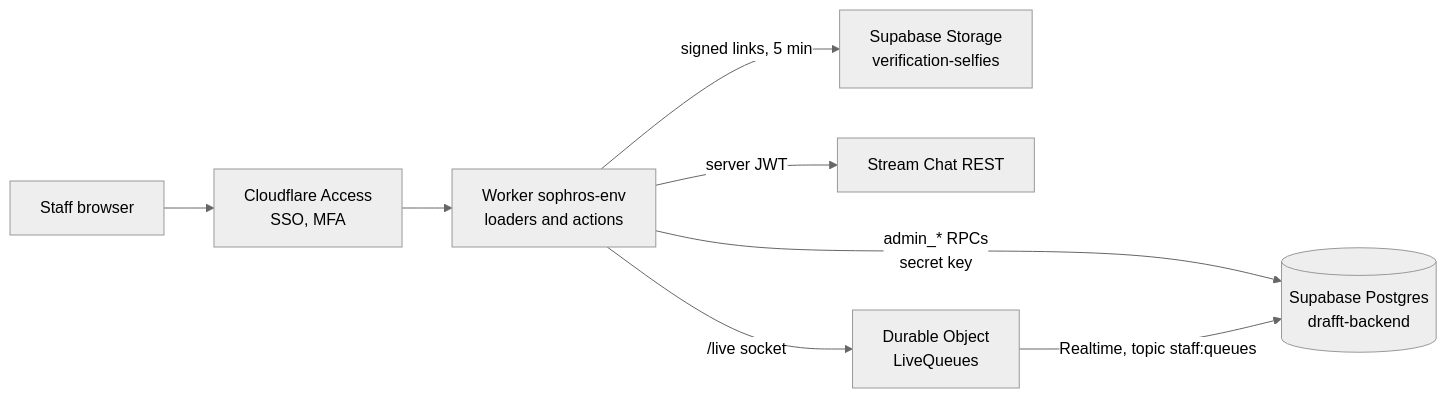
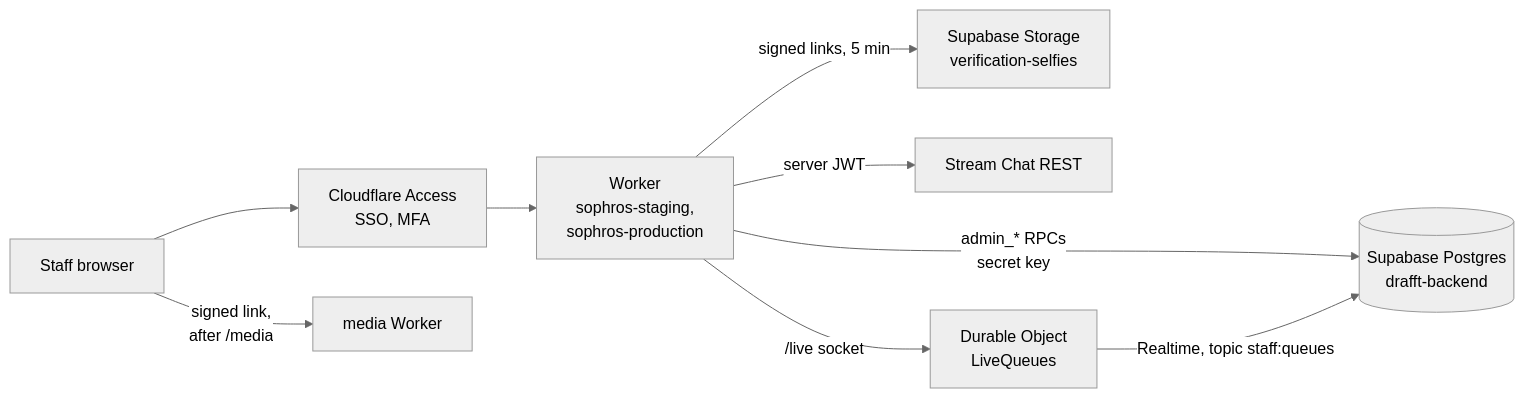
The diagram in README.md (sylwaninn/drafft-sophros), drawn with Mermaid (neutral theme) before and after one commit. The commit also changed other lines of this file, not shown here.

Commit message:
docs(sophros): correct the readme against the code

````diff
--- a/README.md
+++ b/README.md
@@ -22,10 +23,11 @@
 ```mermaid
 flowchart LR
   Staff["Staff browser"] --> Access["Cloudflare Access<br/>SSO, MFA"]
-  Access --> Worker["Worker sophros-env<br/>loaders and actions"]
+  Access --> Worker["Worker<br/>sophros-staging,<br/>sophros-production"]
   Worker -- "admin_* RPCs<br/>secret key" --> Postgres[("Supabase Postgres<br/>drafft-backend")]
   Worker -- "signed links, 5 min" --> Storage["Supabase Storage<br/>verification-selfies"]
   Worker -- "server JWT" --> Stream["Stream Chat REST"]
   Worker -- "/live socket" --> Live["Durable Object<br/>LiveQueues"]
   Live -- "Realtime, topic staff:queues" --> Postgres
+  Staff -- "signed link,<br/>after /media" --> Media["media Worker"]
 ```
````
